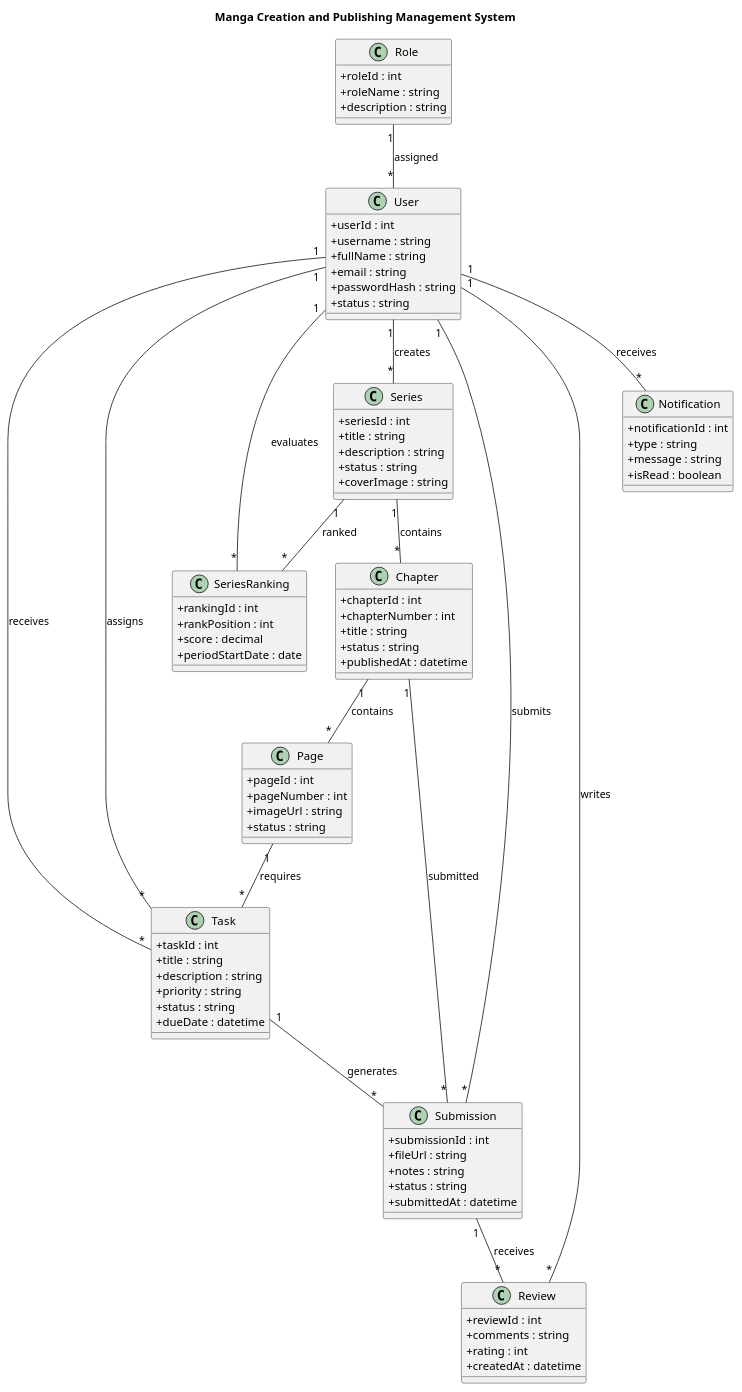
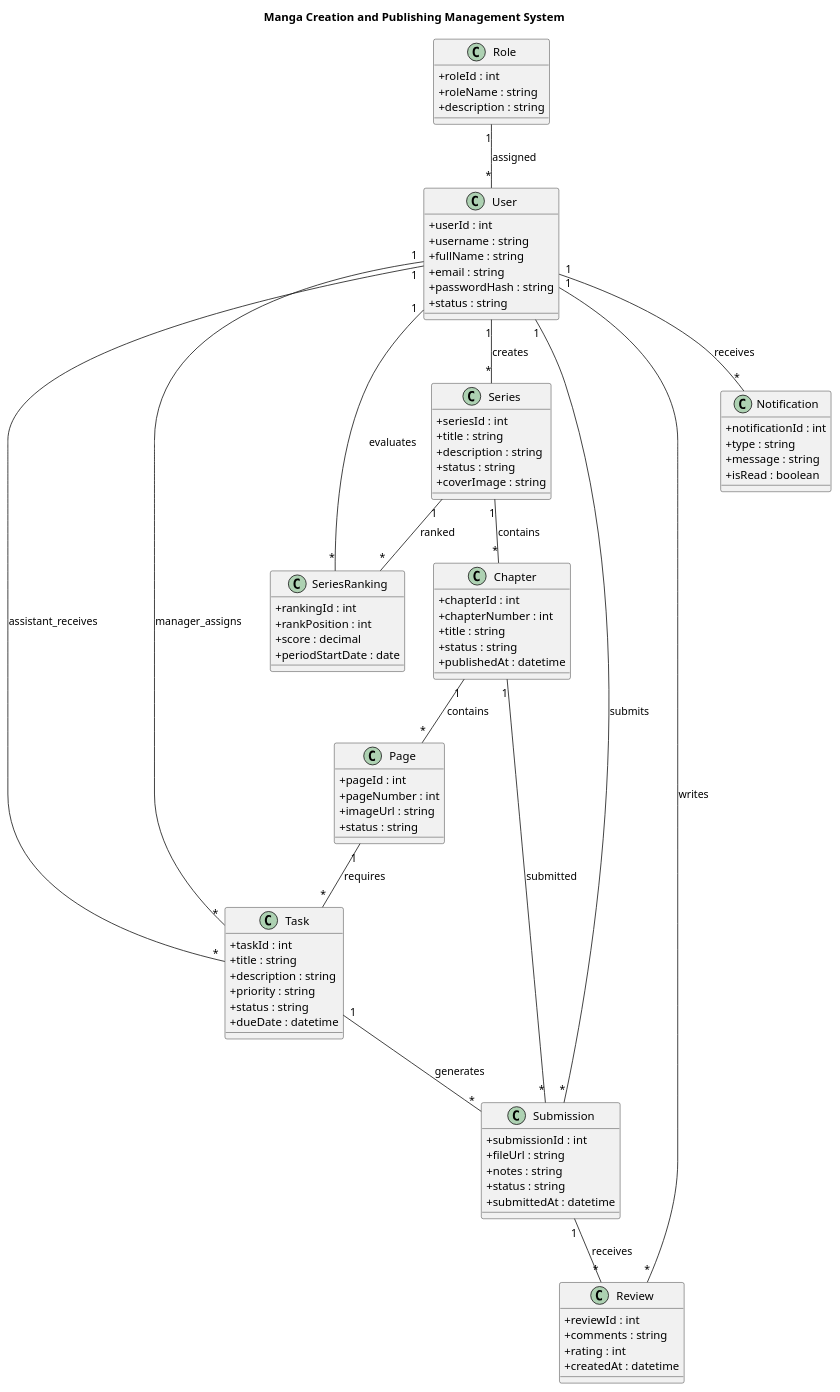
One commit to trongtan0079/Manga-publishing-management-system changed the diagram in UML/Class_Diagram.puml. Above: the diagram before and after it, drawn with PlantUML.

Commit message:
cập nhật class diagram

```diff
--- a/UML/Class_Diagram.puml
+++ b/UML/Class_Diagram.puml
@@ -1,112 +1,112 @@
 @startuml
 
 title Manga Creation and Publishing Management System
 
 skinparam classAttributeIconSize 0
 
 class Role {
   +roleId : int
   +roleName : string
   +description : string
 }
 
 class User {
   +userId : int
   +username : string
   +fullName : string
   +email : string
   +passwordHash : string
   +status : string
 }
 
 class Series {
   +seriesId : int
   +title : string
   +description : string
   +status : string
   +coverImage : string
 }
 
 class Chapter {
   +chapterId : int
   +chapterNumber : int
   +title : string
   +status : string
   +publishedAt : datetime
 }
 
 class Page {
   +pageId : int
   +pageNumber : int
   +imageUrl : string
   +status : string
 }
 
 class Task {
   +taskId : int
   +title : string
   +description : string
   +priority : string
   +status : string
   +dueDate : datetime
 }
 
 class Submission {
   +submissionId : int
   +fileUrl : string
   +notes : string
   +status : string
   +submittedAt : datetime
 }
 
 class Review {
   +reviewId : int
   +comments : string
   +rating : int
   +createdAt : datetime
 }
 
 class SeriesRanking {
   +rankingId : int
   +rankPosition : int
   +score : decimal
   +periodStartDate : date
 }
 
 class Notification {
   +notificationId : int
   +type : string
   +message : string
   +isRead : boolean
 }
 
 Role "1" -- "*" User : assigned
 
 User "1" -- "*" Series : creates
 
 Series "1" -- "*" Chapter : contains
 
 Chapter "1" -- "*" Page : contains
 
 Page "1" -- "*" Task : requires
 
-User "1" -- "*" Task : assigns
-User "1" -- "*" Task : receives
+User "1" -- "*" Task : manager_assigns
+User "1" -- "*" Task : assistant_receives
 
 Task "1" -- "*" Submission : generates
 
 Chapter "1" -- "*" Submission : submitted
 
 User "1" -- "*" Submission : submits
 
 Submission "1" -- "*" Review : receives
 
 User "1" -- "*" Review : writes
 
 Series "1" -- "*" SeriesRanking : ranked
 
 User "1" -- "*" SeriesRanking : evaluates
 
 User "1" -- "*" Notification : receives
 
 @enduml
```
